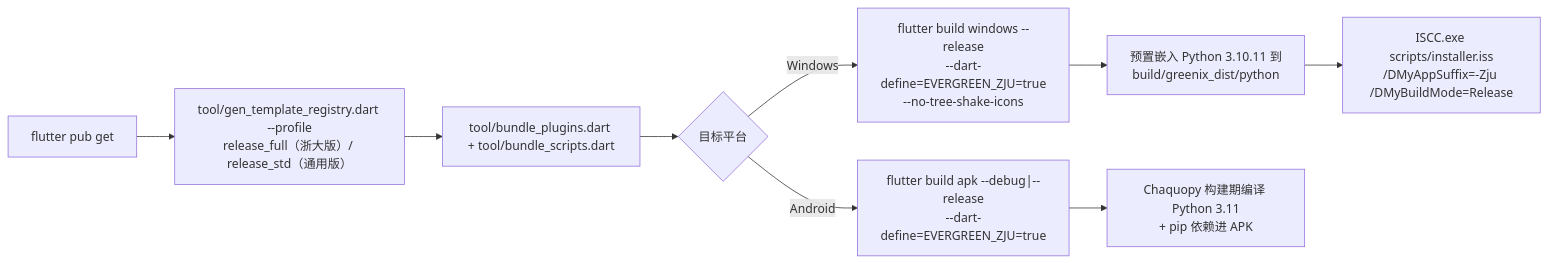
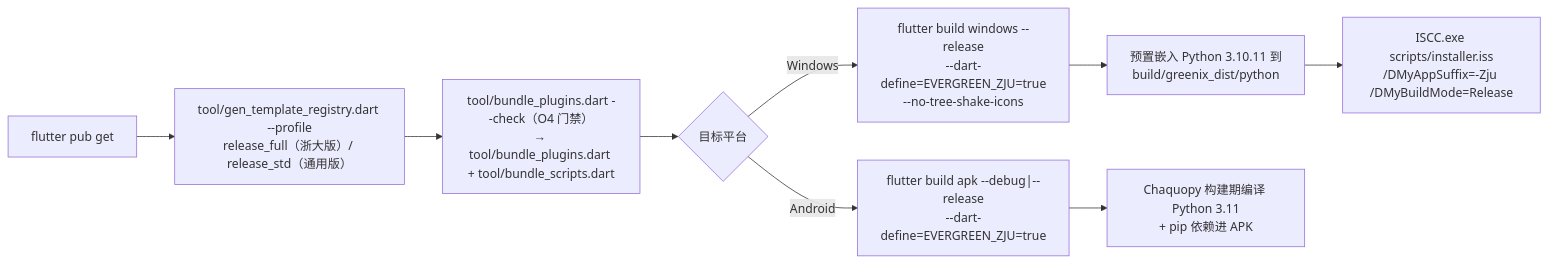
Before and after one commit to lybx-leyw/evergreen-main: the diagram in evg-base/scripts/README.md, drawn with Mermaid. The commit also changed other lines of this file and 106 other files, not shown here.

````diff
--- a/evg-base/scripts/README.md
+++ b/evg-base/scripts/README.md
@@ -36,11 +36,11 @@
 ```mermaid
 flowchart LR
     A["flutter pub get"] --> B["tool/gen_template_registry.dart --profile<br/>release_full（浙大版）/ release_std（通用版）"]
-    B --> C["tool/bundle_plugins.dart + tool/bundle_scripts.dart"]
+    B --> C["tool/bundle_plugins.dart --check（O4 门禁）<br/>→ tool/bundle_plugins.dart + tool/bundle_scripts.dart"]
     C --> D{"目标平台"}
     D -->|Windows| E["flutter build windows --release<br/>--dart-define=EVERGREEN_ZJU=true<br/>--no-tree-shake-icons"]
     E --> F["预置嵌入 Python 3.10.11 到<br/>build/greenix_dist/python"]
     F --> G["ISCC.exe scripts/installer.iss<br/>/DMyAppSuffix=-Zju /DMyBuildMode=Release"]
     D -->|Android| H["flutter build apk --debug|--release<br/>--dart-define=EVERGREEN_ZJU=true"]
     H --> I["Chaquopy 构建期编译 Python 3.11<br/>+ pip 依赖进 APK"]
 ```
````
